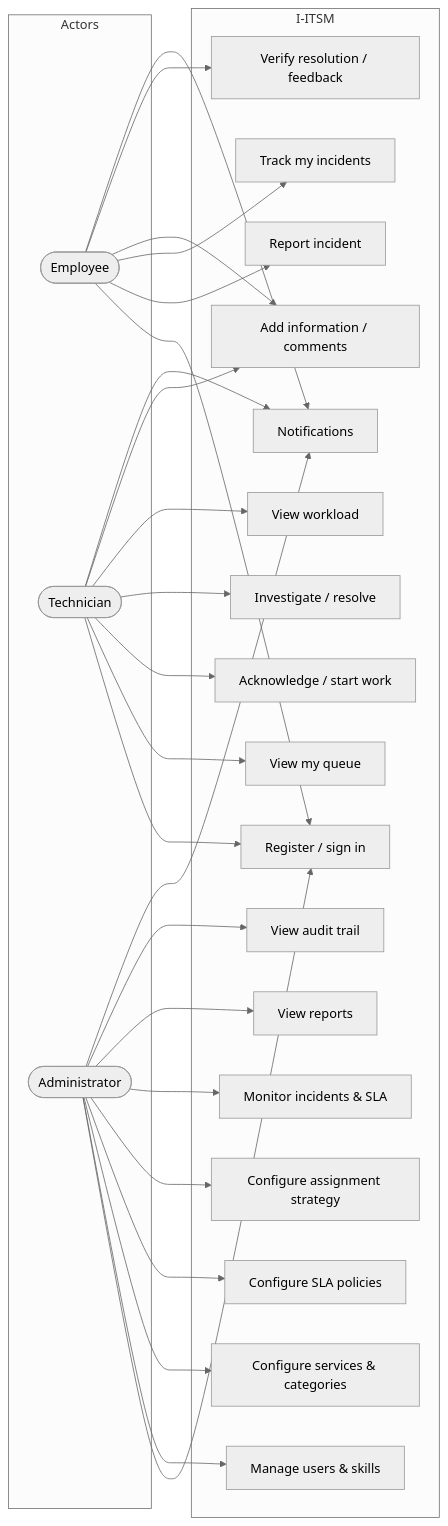
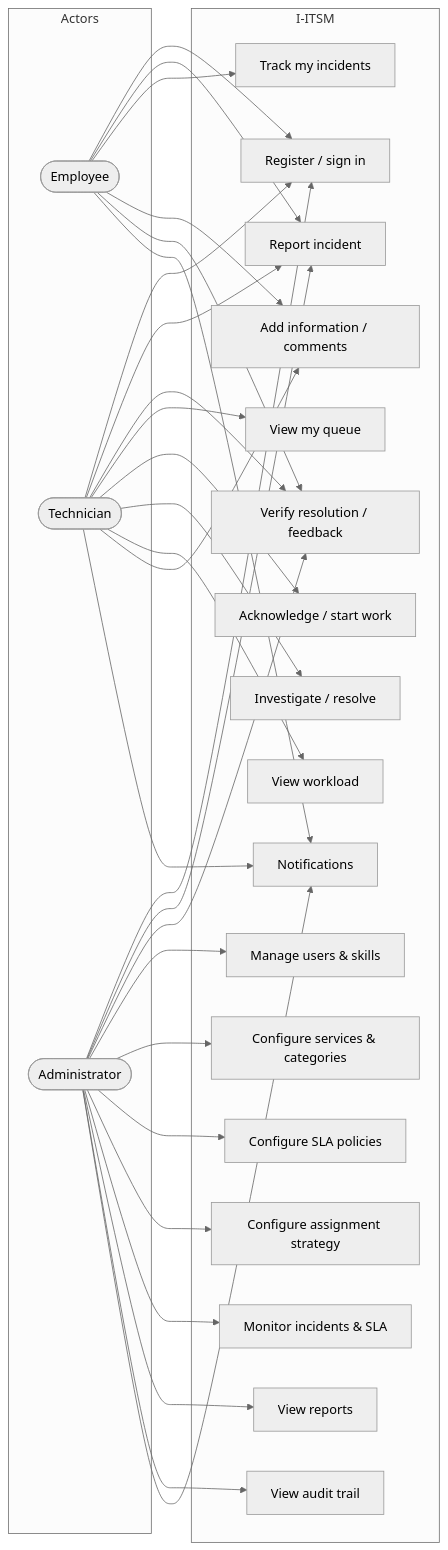
Before and after one commit to AtharvSuryawanshi-arch/DSH-OOPs-Project: the fourth of 9 diagrams in docs/ARCHITECTURE.md, drawn with Mermaid (neutral theme). The commit also changed other lines of this file and 68 other files, not shown here.

````diff
--- a/docs/ARCHITECTURE.md
+++ b/docs/ARCHITECTURE.md
@@ -309,51 +322,55 @@
 ```mermaid
 flowchart LR
     subgraph Actors
         E([Employee])
         T([Technician])
         A([Administrator])
     end
 
     subgraph System["I-ITSM"]
         R[Register / sign in]
         CR[Report incident]
         VW[Track my incidents]
         CM[Add information / comments]
         FB[Verify resolution / feedback]
         Q[View my queue]
         ACK[Acknowledge / start work]
         RES[Investigate / resolve]
         WL[View workload]
         UM[Manage users & skills]
         CAT[Configure services & categories]
         SLA[Configure SLA policies]
         ASG[Configure assignment strategy]
         MON[Monitor incidents & SLA]
         REP[View reports]
         AUD[View audit trail]
         NTF[Notifications]
     end
 
     E --> R
     E --> CR
     E --> VW
     E --> CM
     E --> FB
     T --> R
+    T --> CR
+    T --> FB
     T --> Q
     T --> ACK
     T --> RES
     T --> WL
     T --> CM
     A --> R
+    A --> CR
+    A --> FB
     A --> UM
     A --> CAT
     A --> SLA
     A --> ASG
     A --> MON
     A --> REP
     A --> AUD
     A --> NTF
     E --> NTF
     T --> NTF
 ```
````
